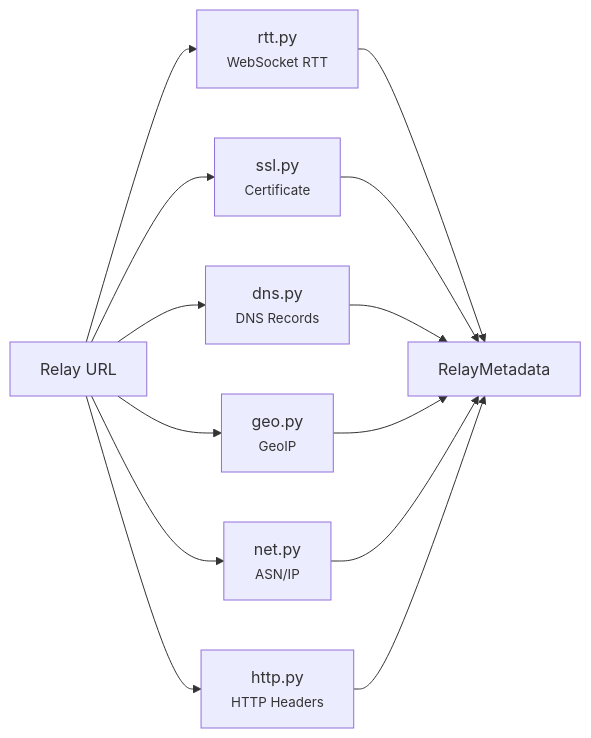
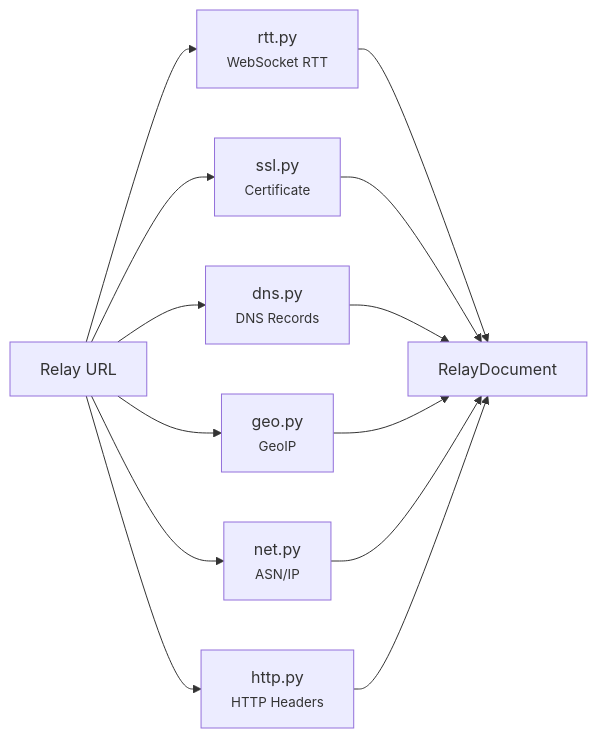
Before and after one commit to BigBrotr/bigbrotr: the third of 7 diagrams in docs/user-guide/architecture.md, drawn with Mermaid. The commit also changed other lines of this file and 18 other files, not shown here.

````diff
--- a/docs/user-guide/architecture.md
+++ b/docs/user-guide/architecture.md
@@ -347,18 +347,18 @@
 ```mermaid
 flowchart LR
     R["Relay URL"]
     R --> RTT["rtt.py<br/><small>WebSocket RTT</small>"]
     R --> SSL["ssl.py<br/><small>Certificate</small>"]
     R --> DNS["dns.py<br/><small>DNS Records</small>"]
     R --> GEO["geo.py<br/><small>GeoIP</small>"]
     R --> NET["net.py<br/><small>ASN/IP</small>"]
     R --> HTTP["http.py<br/><small>HTTP Headers</small>"]
 
-    RTT --> RM["RelayMetadata"]
+    RTT --> RM["RelayDocument"]
     SSL --> RM
     DNS --> RM
     GEO --> RM
     NET --> RM
     HTTP --> RM
 
 ```
````
